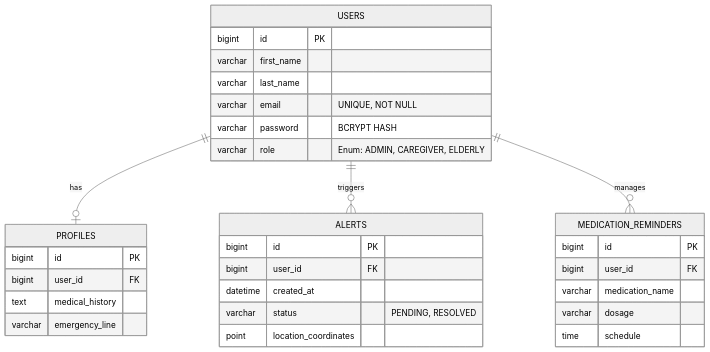
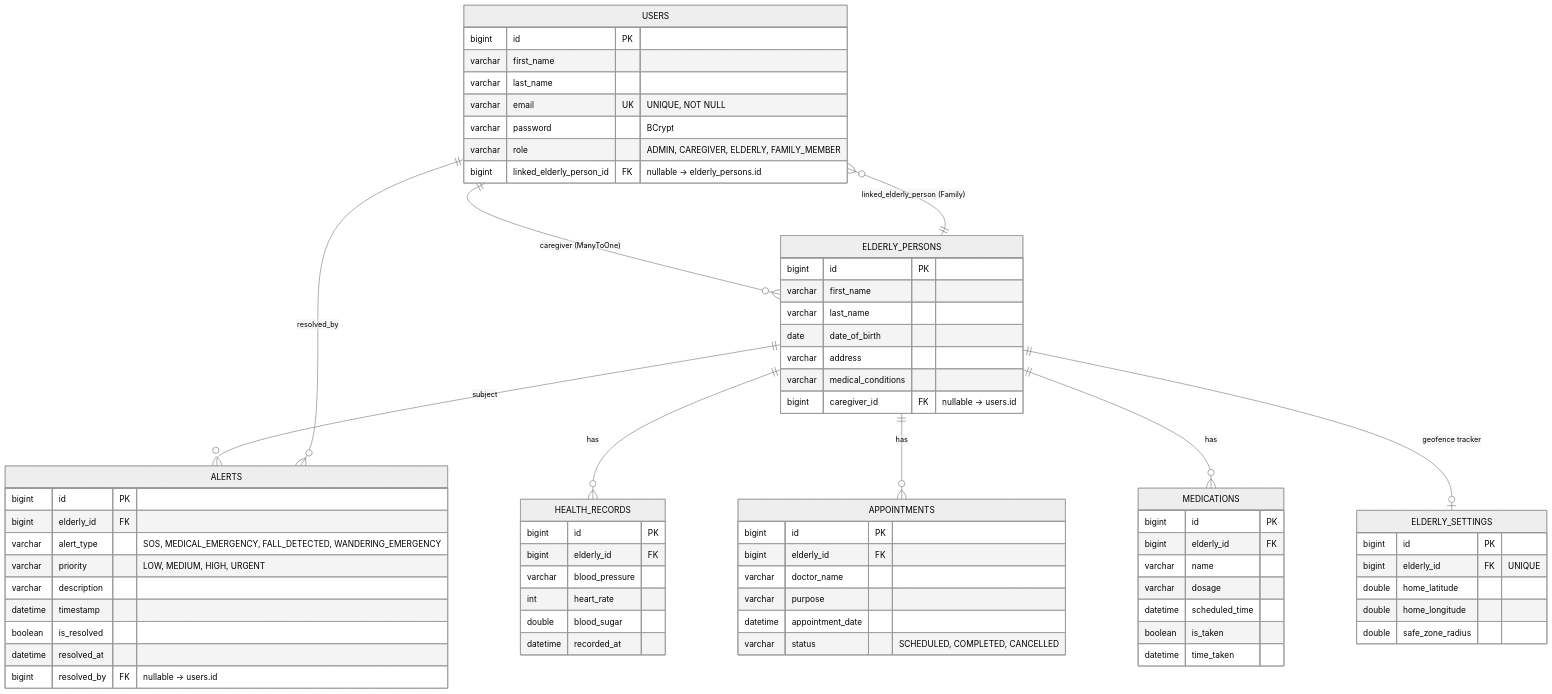
Before and after one commit to ranim85/Elderly-Assistance-Platform: the second of 5 diagrams in docs/uml_diagrams.md, drawn with Mermaid (neutral theme). The commit also changed other lines of this file and 132 other files, not shown here.

````diff
--- a/docs/uml_diagrams.md
+++ b/docs/uml_diagrams.md
@@ -43,38 +50,79 @@
 ```mermaid
 erDiagram
-    USERS ||--o| PROFILES : has
-    USERS ||--o{ ALERTS : triggers
-    USERS ||--o{ MEDICATION_REMINDERS : manages
+    USERS ||--o{ ELDERLY_PERSONS : "caregiver (ManyToOne)"
+    ELDERLY_PERSONS ||--o{ USERS : "linked_elderly_person (Family)"
+    ELDERLY_PERSONS ||--o{ ALERTS : "subject"
+    USERS ||--o{ ALERTS : "resolved_by"
+    ELDERLY_PERSONS ||--o{ HEALTH_RECORDS : has
+    ELDERLY_PERSONS ||--o{ APPOINTMENTS : has
+    ELDERLY_PERSONS ||--o{ MEDICATIONS : has
+    ELDERLY_PERSONS ||--o| ELDERLY_SETTINGS : "geofence tracker"
 
     USERS {
         bigint id PK
         varchar first_name
         varchar last_name
-        varchar email "UNIQUE, NOT NULL"
-        varchar password "BCRYPT HASH"
-        varchar role "Enum: ADMIN, CAREGIVER, ELDERLY"
+        varchar email UK "UNIQUE, NOT NULL"
+        varchar password "BCrypt"
+        varchar role "ADMIN, CAREGIVER, ELDERLY, FAMILY_MEMBER"
+        bigint linked_elderly_person_id FK "nullable -> elderly_persons.id"
     }
 
-    PROFILES {
+    ELDERLY_PERSONS {
         bigint id PK
-        bigint user_id FK
-        text medical_history
-        varchar emergency_line
+        varchar first_name
+        varchar last_name
+        date date_of_birth
+        varchar address
+        varchar medical_conditions
+        bigint caregiver_id FK "nullable -> users.id"
     }
 
     ALERTS {
         bigint id PK
-        bigint user_id FK
-        datetime created_at
-        varchar status "PENDING, RESOLVED"
-        point location_coordinates
+        bigint elderly_id FK
+        varchar alert_type "SOS, MEDICAL_EMERGENCY, FALL_DETECTED, WANDERING_EMERGENCY"
+        varchar priority "LOW, MEDIUM, HIGH, URGENT"
+        varchar description
+        datetime timestamp
+        boolean is_resolved
+        datetime resolved_at
+        bigint resolved_by FK "nullable -> users.id"
     }
 
-    MEDICATION_REMINDERS {
+    HEALTH_RECORDS {
         bigint id PK
-        bigint user_id FK
-        varchar medication_name
+        bigint elderly_id FK
+        varchar blood_pressure
+        int heart_rate
+        double blood_sugar
+        datetime recorded_at
+    }
+
+    APPOINTMENTS {
+        bigint id PK
+        bigint elderly_id FK
+        varchar doctor_name
+        varchar purpose
+        datetime appointment_date
+        varchar status "SCHEDULED, COMPLETED, CANCELLED"
+    }
+
+    MEDICATIONS {
+        bigint id PK
+        bigint elderly_id FK
+        varchar name
         varchar dosage
-        time schedule
+        datetime scheduled_time
+        boolean is_taken
+        datetime time_taken
+    }
+
+    ELDERLY_SETTINGS {
+        bigint id PK
+        bigint elderly_id FK "UNIQUE"
+        double home_latitude
+        double home_longitude
+        double safe_zone_radius
     }
 ```
````
